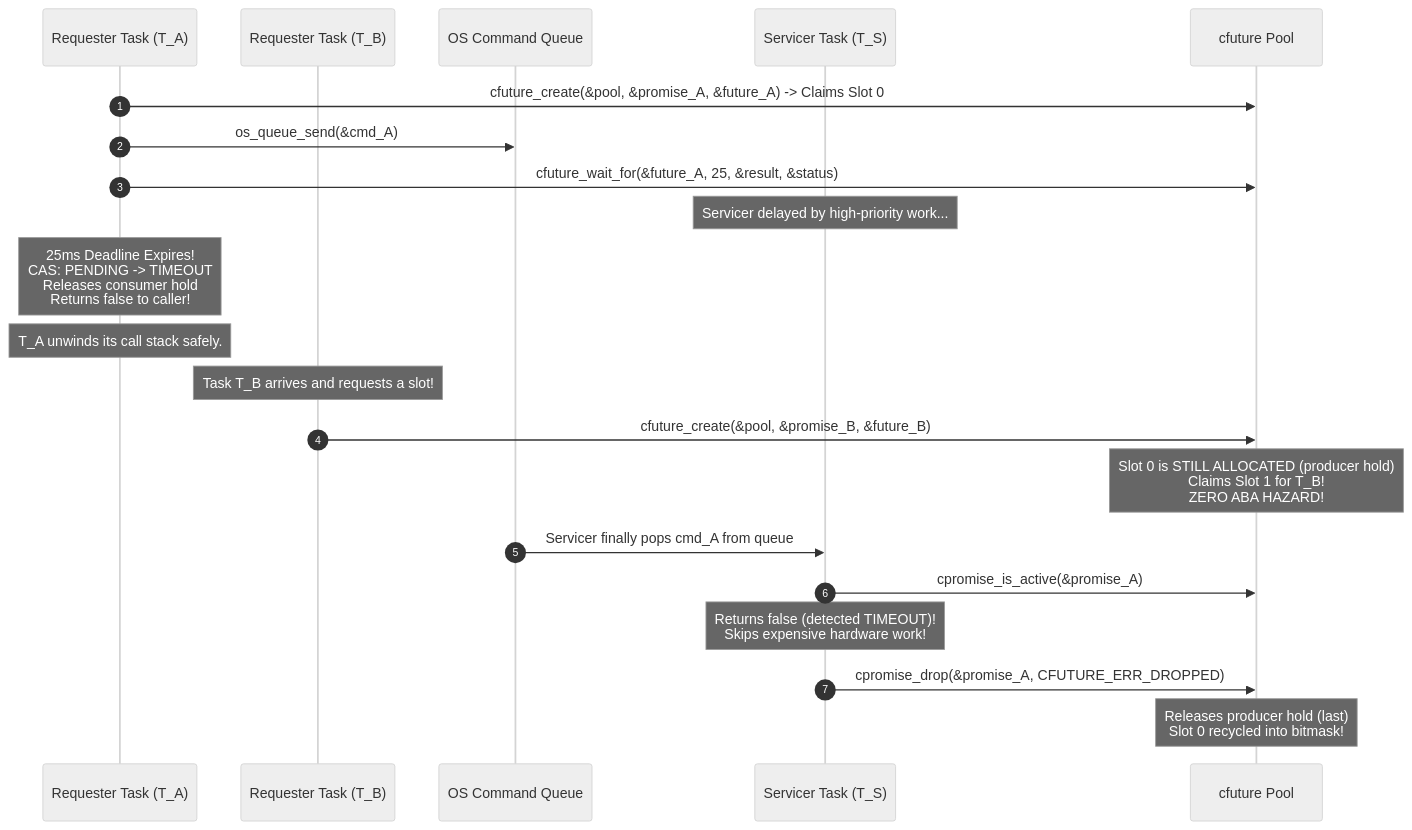
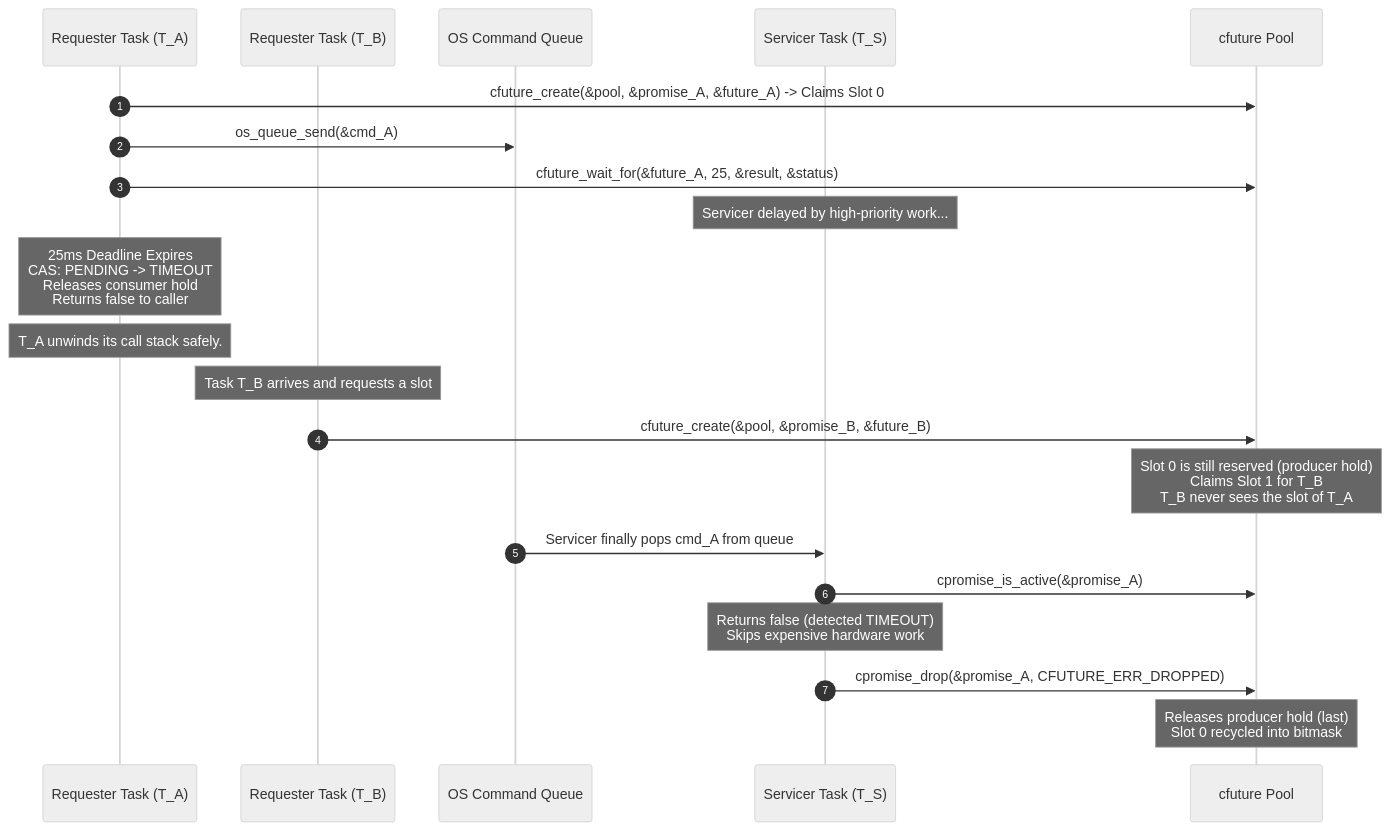
The fourth of 6 diagrams in README.md (Mrunmoy/janus), drawn with Mermaid (neutral theme) before and after one commit. The commit also changed other lines of this file, not shown here.

````diff
--- a/README.md
+++ b/README.md
@@ -409,24 +445,24 @@
 ```mermaid
 sequenceDiagram
     autonumber
     participant A as Requester Task (T_A)
     participant B as Requester Task (T_B)
     participant Q as OS Command Queue
     participant S as Servicer Task (T_S)
     participant P as cfuture Pool
 
     A->>P: cfuture_create(&pool, &promise_A, &future_A) -> Claims Slot 0
     A->>Q: os_queue_send(&cmd_A)
     A->>P: cfuture_wait_for(&future_A, 25, &result, &status)
     Note over S: Servicer delayed by high-priority work...
-    Note over A: 25ms Deadline Expires!<br/>CAS: PENDING -> TIMEOUT<br/>Releases consumer hold<br/>Returns false to caller!
+    Note over A: 25ms Deadline Expires<br/>CAS: PENDING -> TIMEOUT<br/>Releases consumer hold<br/>Returns false to caller
     Note over A: T_A unwinds its call stack safely.
-    Note over B: Task T_B arrives and requests a slot!
+    Note over B: Task T_B arrives and requests a slot
     B->>P: cfuture_create(&pool, &promise_B, &future_B)
-    Note over P: Slot 0 is STILL ALLOCATED (producer hold)<br/>Claims Slot 1 for T_B!<br/>ZERO ABA HAZARD!
+    Note over P: Slot 0 is still reserved (producer hold)<br/>Claims Slot 1 for T_B<br/>T_B never sees the slot of T_A
     Q->>S: Servicer finally pops cmd_A from queue
     S->>P: cpromise_is_active(&promise_A)
-    Note over S: Returns false (detected TIMEOUT)!<br/>Skips expensive hardware work!
+    Note over S: Returns false (detected TIMEOUT)<br/>Skips expensive hardware work
     S->>P: cpromise_drop(&promise_A, CFUTURE_ERR_DROPPED)
-    Note over P: Releases producer hold (last)<br/>Slot 0 recycled into bitmask!
+    Note over P: Releases producer hold (last)<br/>Slot 0 recycled into bitmask
 ```
````
